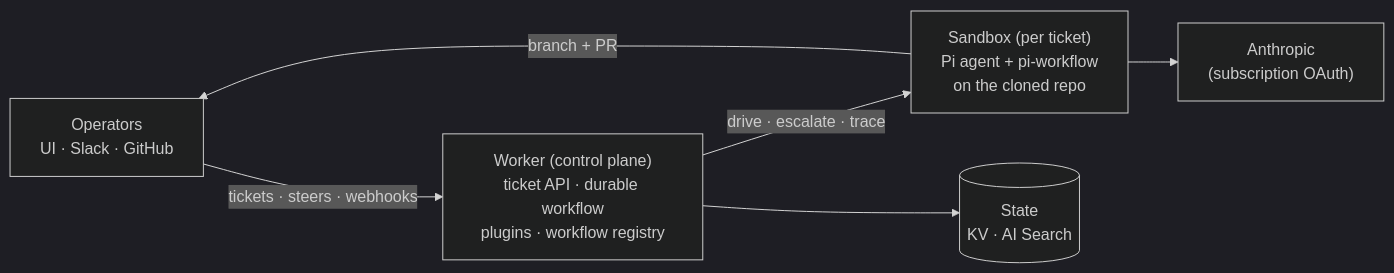
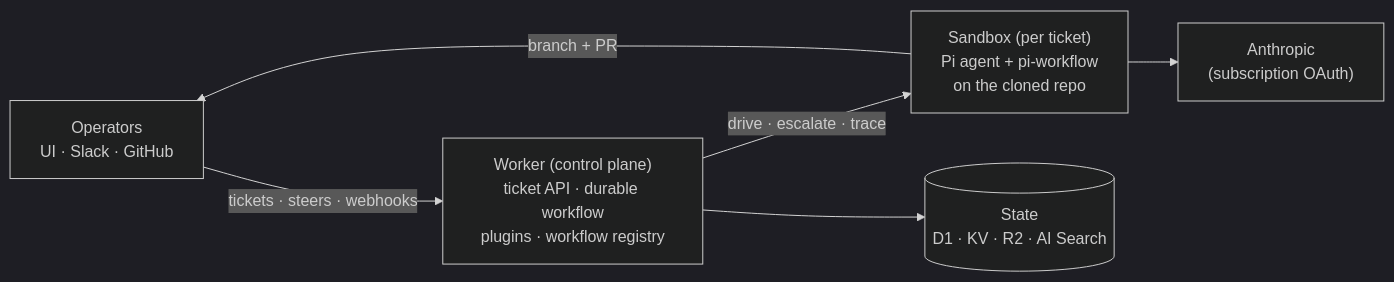
One commit to StevenJPx2/workhorse changed the diagram in README.md. Above: the diagram before and after it, drawn with Mermaid (dark theme). The commit also changed other lines of this file, not shown here.

Commit message:
docs: README — state plane reflects D1/KV/R2/AI Search division

````diff
--- a/README.md
+++ b/README.md
@@ -10,14 +10,14 @@
 ```mermaid
 flowchart LR
     OPS["Operators<br/>UI · Slack · GitHub"]
     WORKER["Worker (control plane)<br/>ticket API · durable workflow<br/>plugins · workflow registry"]
     SANDBOX["Sandbox (per ticket)<br/>Pi agent + pi-workflow<br/>on the cloned repo"]
-    STATE[("State<br/>KV · AI Search")]
+    STATE[("State<br/>D1 · KV · R2 · AI Search")]
     LLM["Anthropic<br/>(subscription OAuth)"]
 
     OPS -->|"tickets · steers · webhooks"| WORKER
     WORKER -->|"drive · escalate · trace"| SANDBOX
     WORKER --> STATE
     SANDBOX --> LLM
     SANDBOX -->|"branch + PR"| OPS
 ```
````
